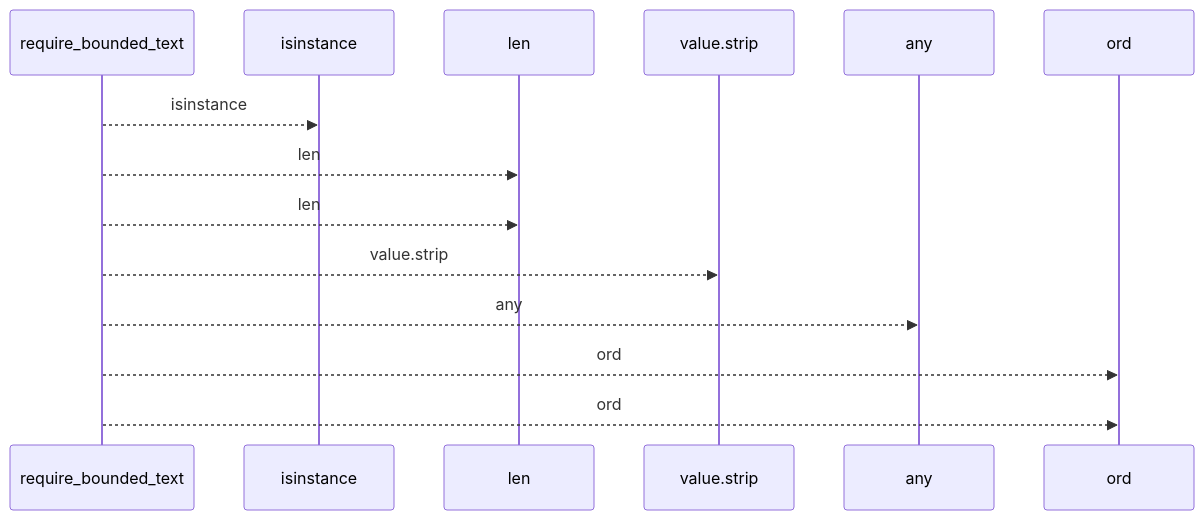
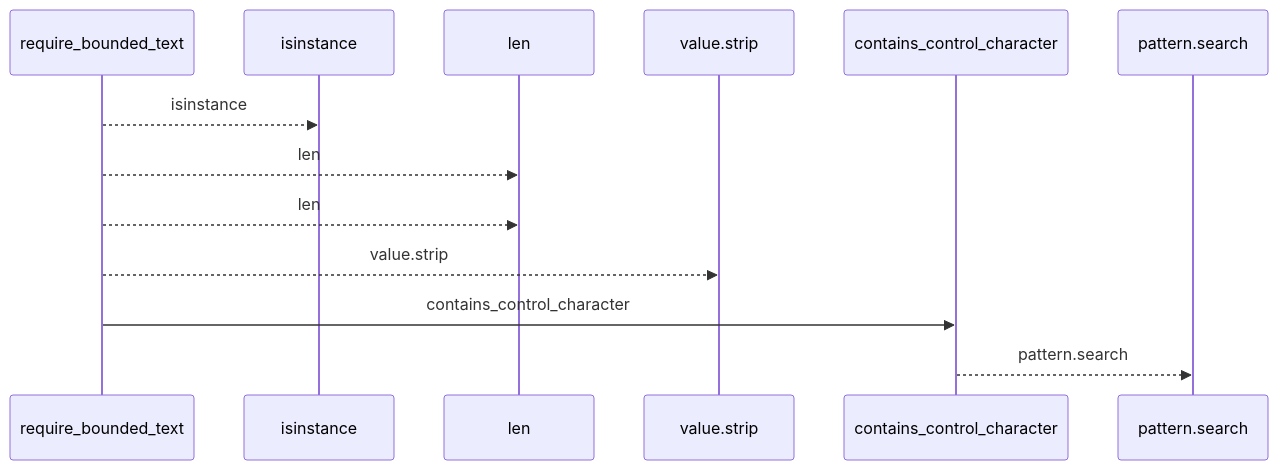
One commit to Denissvgn/python-wiki-llm changed the first of 2 diagrams in docs/llm_wiki/flows/api-require_bounded_text.md. Above: the diagram before and after it, drawn with Mermaid. The commit also changed other lines of this file and 865 other files, not shown here.

````diff
--- a/docs/llm_wiki/flows/api-require_bounded_text.md
+++ b/docs/llm_wiki/flows/api-require_bounded_text.md
@@ -10,16 +10,15 @@
 ```mermaid
 sequenceDiagram
     participant p0 as require_bounded_text
     participant p1 as isinstance
     participant p2 as len
     participant p3 as value.strip
-    participant p4 as any
-    participant p5 as ord
+    participant p4 as contains_control_character
+    participant p5 as pattern.search
     p0-->>p1: isinstance
     p0-->>p2: len
     p0-->>p2: len
     p0-->>p3: value.strip
-    p0-->>p4: any
-    p0-->>p5: ord
-    p0-->>p5: ord
+    p0->>p4: contains_control_character
+    p4-->>p5: pattern.search
 ```
````
